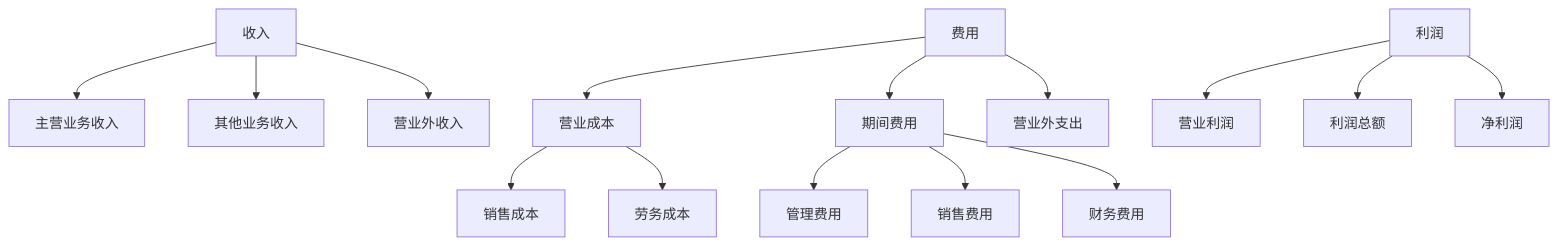
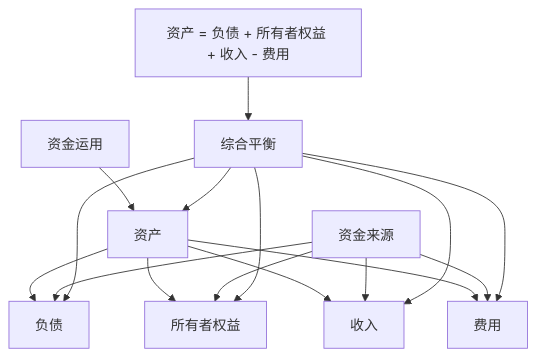
Before and after one commit to Anping2017/obsidian: the eighth of 10 diagrams in 会计学/01-基础认知层/会计要素与等式/03-要素关系图解.md, drawn with Mermaid. The commit also changed other lines of this file and 22 other files, not shown here.

````diff
--- a/会计学/01-基础认知层/会计要素与等式/03-要素关系图解.md
+++ b/会计学/01-基础认知层/会计要素与等式/03-要素关系图解.md
@@ -238,21 +185,22 @@
 ```mermaid
 graph TD
-    A[收入] --> B[主营业务收入]
-    A --> C[其他业务收入]
-    A --> D[营业外收入]
+    A[资产] --> B[负债]
+    A --> C[所有者权益]
+    A --> D[收入]
+    A --> E[费用]
     
-    E[费用] --> F[营业成本]
-    E --> G[期间费用]
-    E --> H[营业外支出]
+    F[资金来源] --> B
+    F --> C
+    F --> D
+    F --> E
     
-    F --> I[销售成本]
-    F --> J[劳务成本]
+    G[资金运用] --> A
     
-    G --> K[管理费用]
-    G --> L[销售费用]
-    G --> M[财务费用]
+    H[综合平衡] --> A
+    H --> B
+    H --> C
+    H --> D
+    H --> E
     
-    N[利润] --> O[营业利润]
-    N --> P[利润总额]
-    N --> Q[净利润]
+    I[资产 = 负债 + 所有者权益 + 收入 - 费用] --> H
 ```
````
